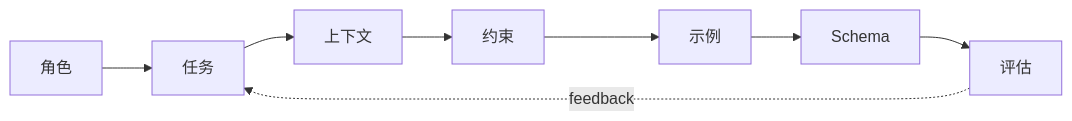
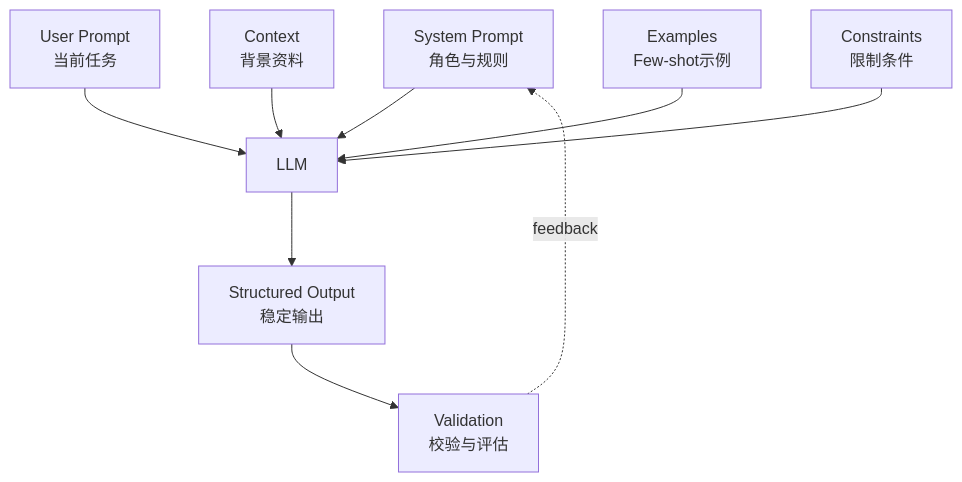
The diagram in book/03-Prompt/index.md (xiangbuchu77/AI-Agent-Book), drawn with Mermaid before and after one commit. The commit also changed other lines of this file and 3 other files, not shown here.

````diff
--- a/book/03-Prompt/index.md
+++ b/book/03-Prompt/index.md
@@ -13,17 +271,11 @@
 ```mermaid
-flowchart LR
-    N0["角色"]
-    N1["任务"]
-    N2["上下文"]
-    N3["约束"]
-    N4["示例"]
-    N5["Schema"]
-    N6["评估"]
-    N0 --> N1
-    N1 --> N2
-    N2 --> N3
-    N3 --> N4
-    N4 --> N5
-    N5 --> N6
-    N6 -. feedback .-> N1
+flowchart TD
+    A["System Prompt<br/>角色与规则"] --> C["LLM"]
+    B["User Prompt<br/>当前任务"] --> C
+    D["Context<br/>背景资料"] --> C
+    E["Examples<br/>Few-shot示例"] --> C
+    F["Constraints<br/>限制条件"] --> C
+    C --> G["Structured Output<br/>稳定输出"]
+    G --> H["Validation<br/>校验与评估"]
+    H -. feedback .-> A
 ```
````
